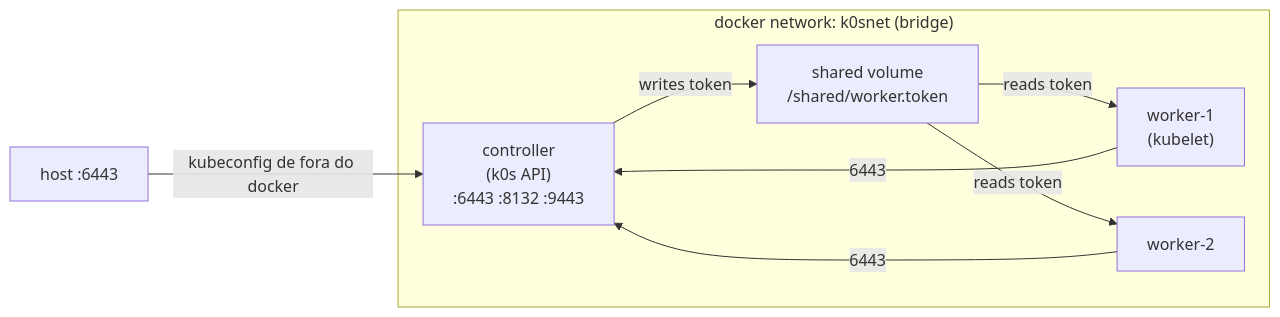
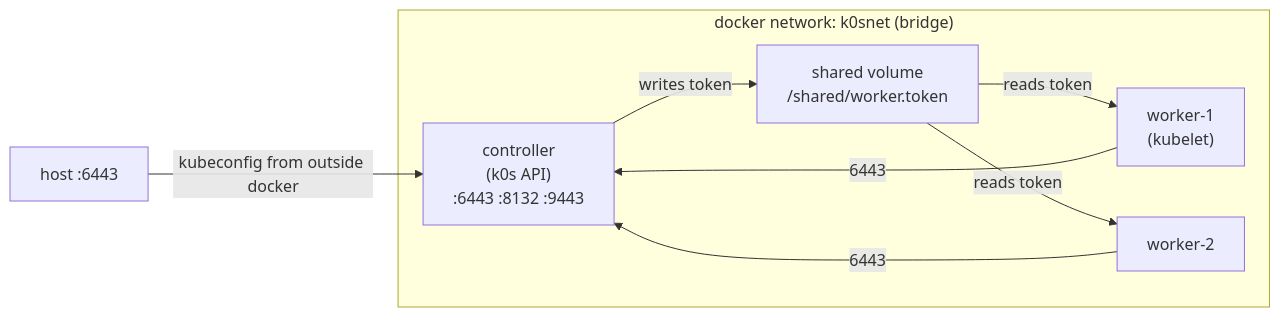
The diagram in content/037/README.md (apolzek/tryharding-studies), drawn with Mermaid before and after one commit. The commit also changed other lines of this file and 47 other files, not shown here.

````diff
--- a/content/037/README.md
+++ b/content/037/README.md
@@ -28,17 +31,17 @@
 ```mermaid
 flowchart LR
     HOST["host :6443"]
     subgraph NET["docker network: k0snet (bridge)"]
         CONTROLLER["controller<br/>(k0s API)<br/>:6443 :8132 :9443"]
         WORKER1["worker-1<br/>(kubelet)"]
         WORKER2["worker-2"]
         SHARED["shared volume<br/>/shared/worker.token"]
     end
 
-    HOST -->|kubeconfig de fora do docker| CONTROLLER
+    HOST -->|kubeconfig from outside docker| CONTROLLER
     WORKER1 -->|6443| CONTROLLER
     WORKER2 -->|6443| CONTROLLER
     CONTROLLER -->|writes token| SHARED
     SHARED -->|reads token| WORKER1
     SHARED -->|reads token| WORKER2
 ```
````
